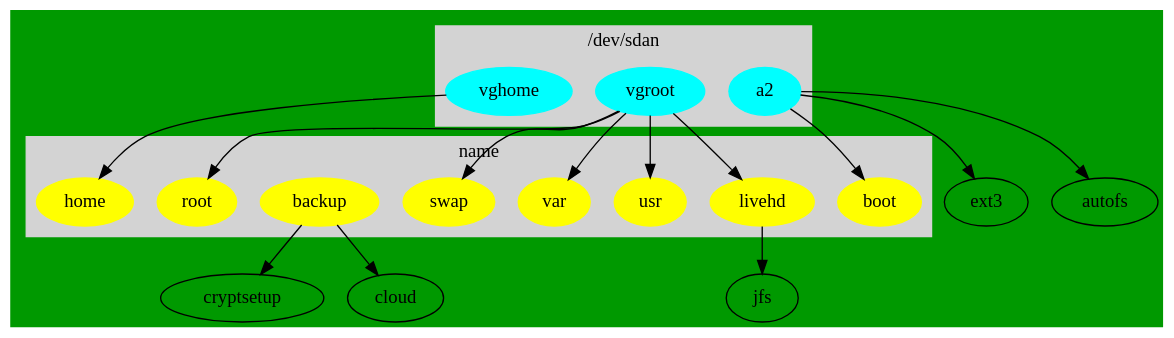
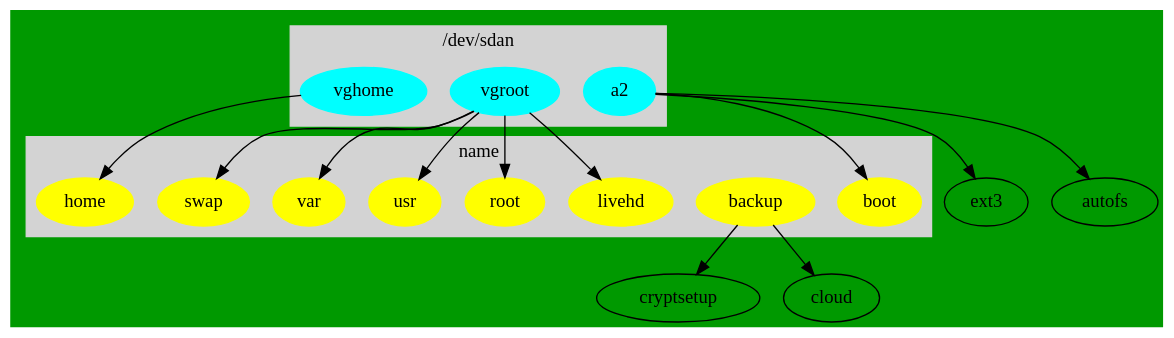
Before and after one commit to cdede/dotfiles: the diagram in dot/.config/dupl/parted.dot, drawn with Graphviz.

```diff
--- a/dot/.config/dupl/parted.dot
+++ b/dot/.config/dupl/parted.dot
@@ -1,43 +1,42 @@
 // dot -Tpng  parted.dot -o line1.png
 //  default ext4
 digraph G {
   bgcolor ="#009900";
 
 	subgraph cluster_0 {
 		style=filled;
 		color=lightgrey;
 		node [style=filled,color=cyan];
 		a2 ;
                 vgroot;
                 vghome;
 		label = "/dev/sdan";
 	}
 
 	subgraph cluster_2 {
 		style=filled;
 		color=lightgrey;
 		node [style=filled,color=yellow];
 		boot;
 		backup;
                 livehd;
 		root ;
                 usr;
                 var;
 		swap;
 		home;
 		label = "name";
 	}
 
 	a2 -> boot;
 	a2 -> ext3;
 	a2 -> autofs;
         vgroot -> swap ;
         vgroot -> root ;
         vgroot -> usr ;
         vgroot -> var ;
         vghome -> home;
         vgroot ->livehd;
-        livehd ->jfs;
         backup -> cryptsetup;
         backup -> cloud;
 }
```
